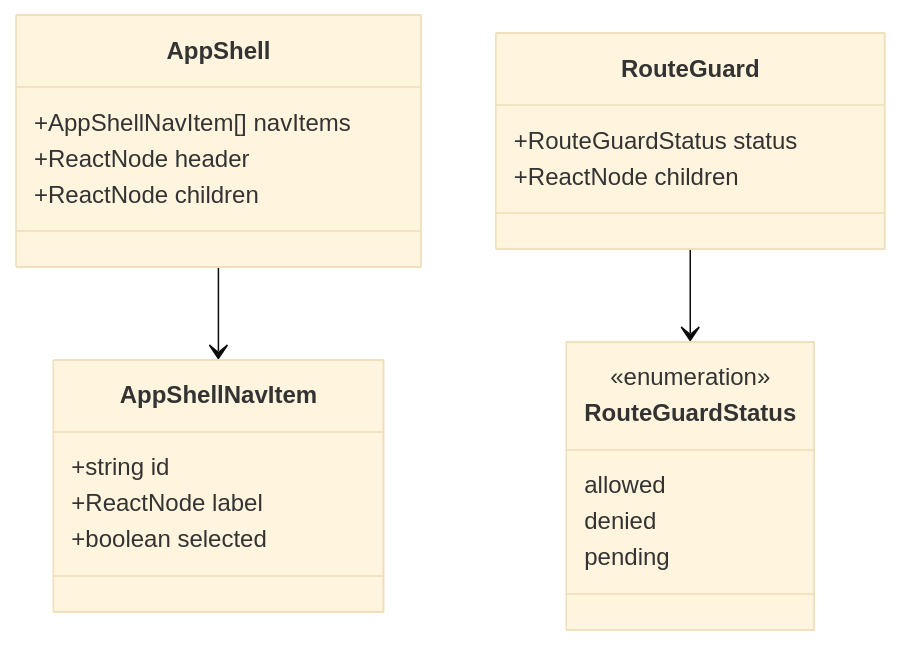
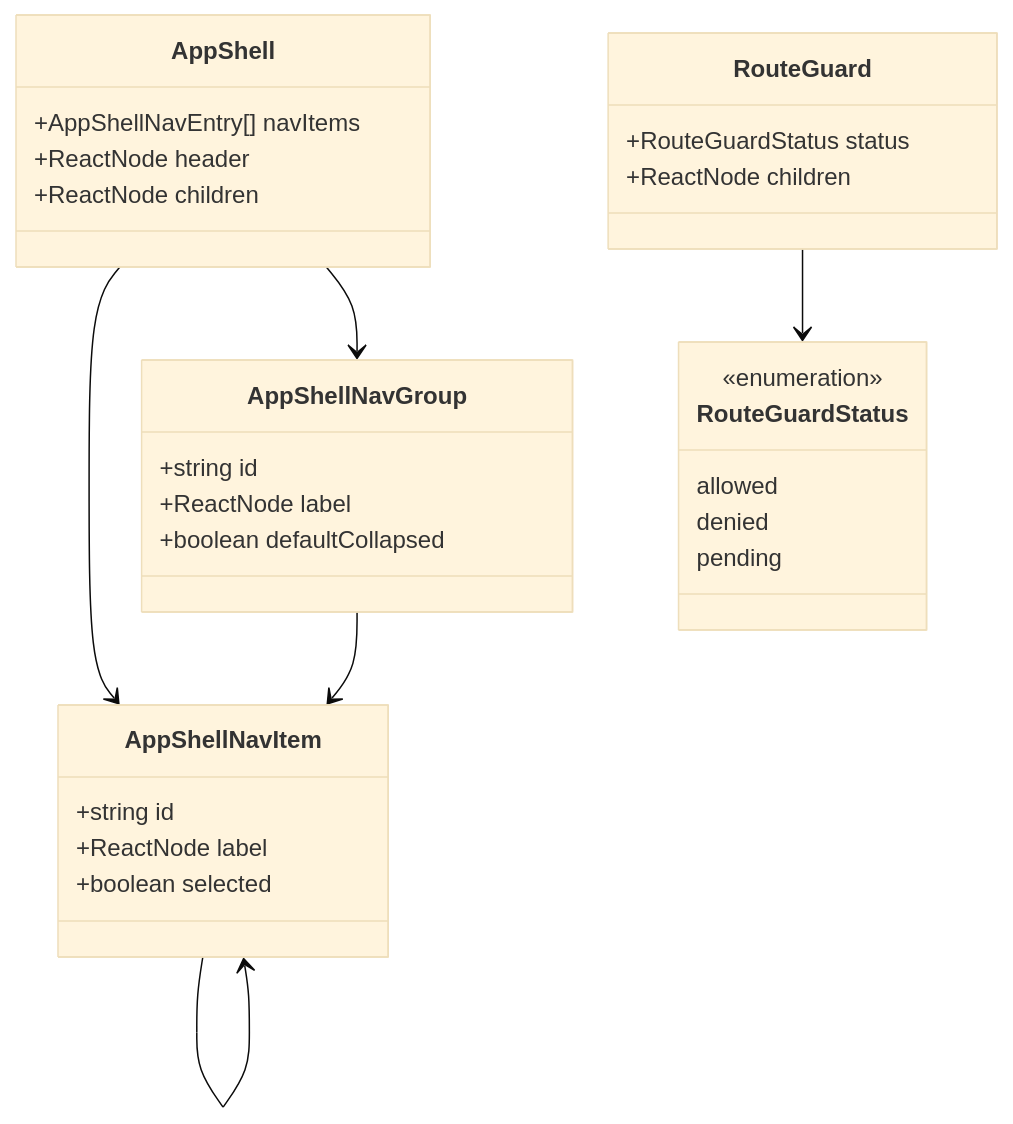
Before and after one commit to wangzw/speed: the diagram in docs/design/modules/web/design-web-layout-kit.md, drawn with Mermaid (base theme). The commit also changed other lines of this file and 5 other files, not shown here.

First line of the commit message:
feat(layout-kit): add collapsible navigation groups and nested nav items

````diff
--- a/docs/design/modules/web/design-web-layout-kit.md
+++ b/docs/design/modules/web/design-web-layout-kit.md
@@ -124,25 +136,33 @@
 ```mermaid
 classDiagram
     class AppShell {
-        +AppShellNavItem[] navItems
+        +AppShellNavEntry[] navItems
         +ReactNode header
         +ReactNode children
     }
     class AppShellNavItem {
         +string id
         +ReactNode label
         +boolean selected
+    }
+    class AppShellNavGroup {
+        +string id
+        +ReactNode label
+        +boolean defaultCollapsed
     }
     class RouteGuard {
         +RouteGuardStatus status
         +ReactNode children
     }
     class RouteGuardStatus {
         <<enumeration>>
         allowed
         denied
         pending
     }
     AppShell --> AppShellNavItem
+    AppShell --> AppShellNavGroup
+    AppShellNavGroup --> AppShellNavItem
+    AppShellNavItem --> AppShellNavItem
     RouteGuard --> RouteGuardStatus
 ```
````
